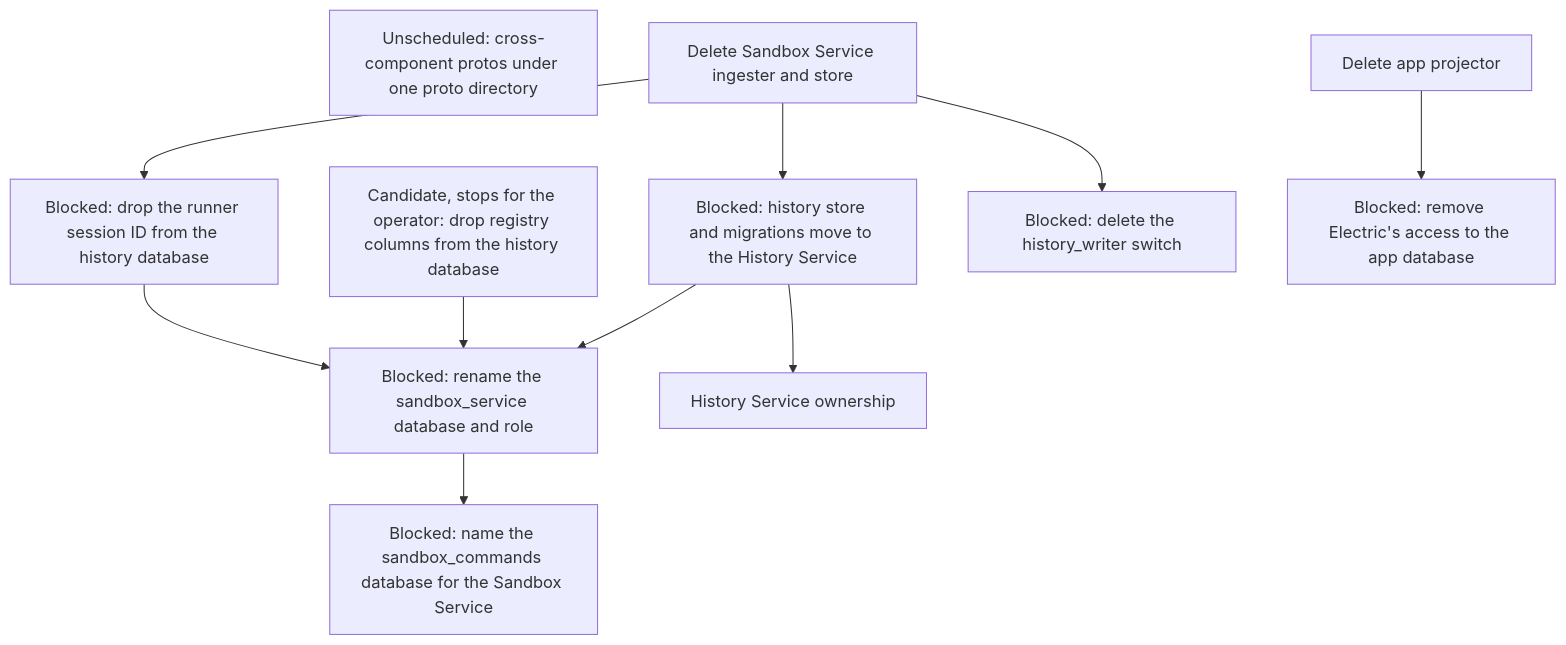
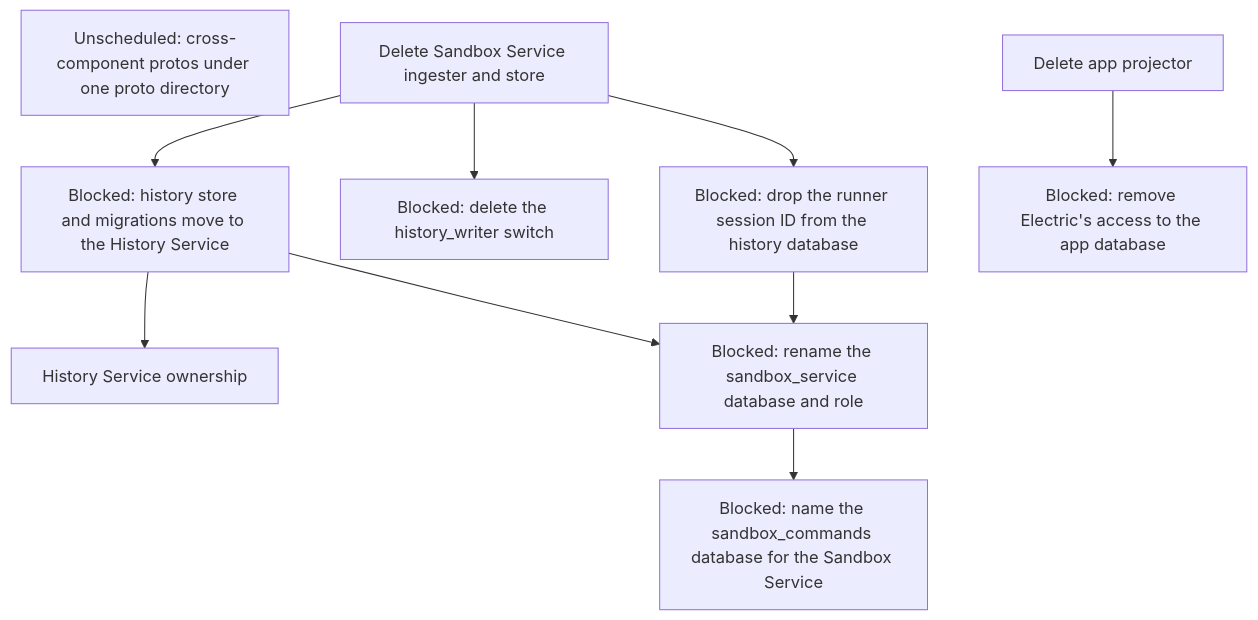
One commit to agentydragon-agent/ducktape changed the tenth of 11 diagrams in agentplane/plans/task_dag.md. Above: the diagram before and after it, drawn with Mermaid. The commit also changed other lines of this file and 4 other files, not shown here.

First line of the commit message:
agentplane: drop the registry's former columns from the history database (#9854)

````diff
--- a/agentplane/plans/task_dag.md
+++ b/agentplane/plans/task_dag.md
@@ -770,23 +770,21 @@
 ```mermaid
 flowchart TD
-    HISTORY_SESSION_COLUMNS_DROP[Candidate, stops for the operator: drop registry columns from the history database]
     HISTORY_RUNNER_SESSION_ID_DROP[Blocked: drop the runner session ID from the history database]
     HISTORY_STORE_MOVE[Blocked: history store and migrations move to the History Service]
     HISTORY_WRITER_SWITCH_RETIRE[Blocked: delete the history_writer switch]
     HISTORY_DATABASE_RENAME[Blocked: rename the sandbox_service database and role]
     SANDBOX_DATABASE_RENAME[Blocked: name the sandbox_commands database for the Sandbox Service]
     APP_ELECTRIC_RETIRE[Blocked: remove Electric's access to the app database]
     PROTO_DIRECTORY[Unscheduled: cross-component protos under one proto directory]
     SANDBOX_LOCAL_HISTORY_RETIRE[Delete Sandbox Service ingester and store]
     APP_PROJECTOR_RETIRE[Delete app projector]
     HISTORY_SERVICE_OWNERSHIP[History Service ownership]
     SANDBOX_LOCAL_HISTORY_RETIRE --> HISTORY_STORE_MOVE
     SANDBOX_LOCAL_HISTORY_RETIRE --> HISTORY_WRITER_SWITCH_RETIRE
     HISTORY_STORE_MOVE --> HISTORY_SERVICE_OWNERSHIP
     HISTORY_STORE_MOVE --> HISTORY_DATABASE_RENAME
-    HISTORY_SESSION_COLUMNS_DROP --> HISTORY_DATABASE_RENAME
     SANDBOX_LOCAL_HISTORY_RETIRE --> HISTORY_RUNNER_SESSION_ID_DROP
     HISTORY_RUNNER_SESSION_ID_DROP --> HISTORY_DATABASE_RENAME
     HISTORY_DATABASE_RENAME --> SANDBOX_DATABASE_RENAME
     APP_PROJECTOR_RETIRE --> APP_ELECTRIC_RETIRE
 ```
````
